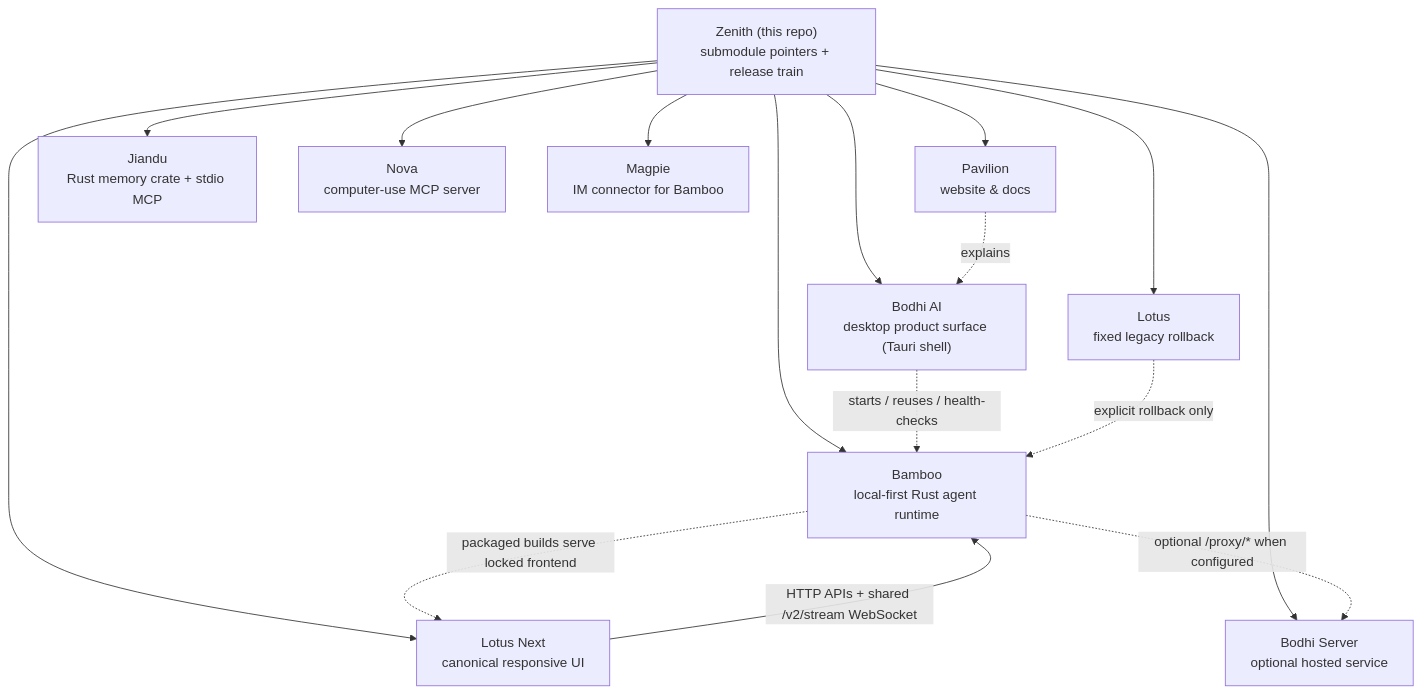
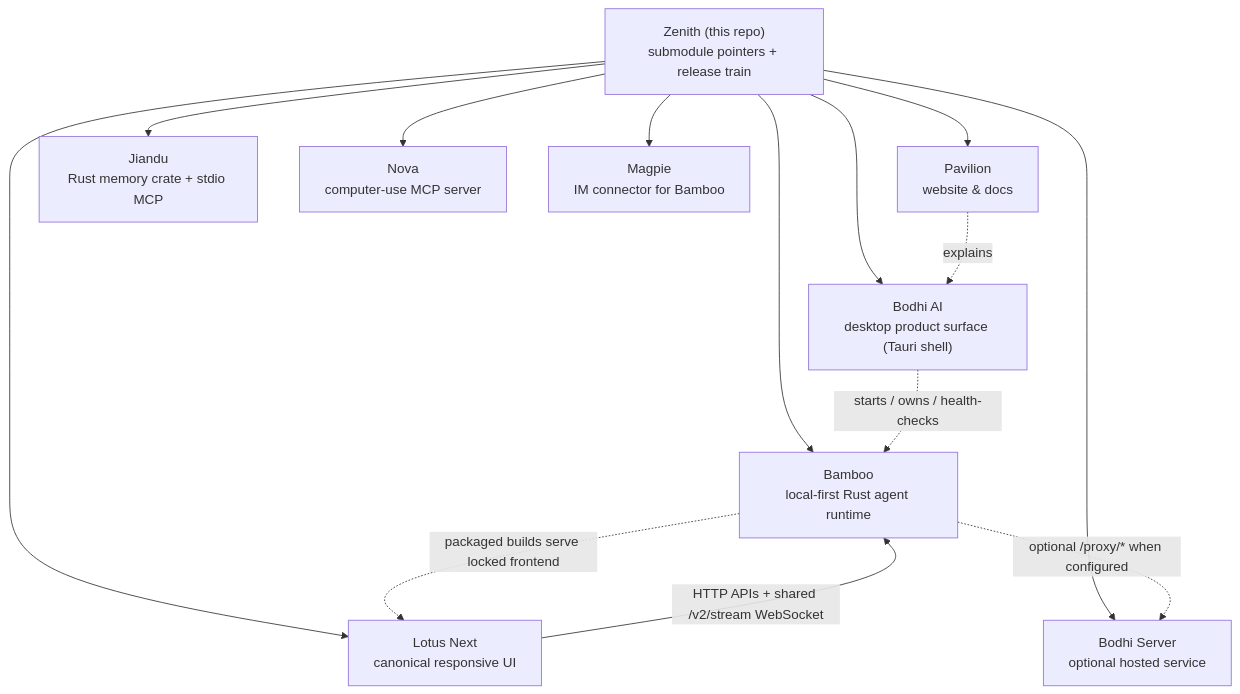
Before and after one commit to bigduu/Zenith: the diagram in README.md, drawn with Mermaid. The commit also changed other lines of this file and 9 other files, not shown here.

Commit message:
chore: remove legacy Lotus source submodule (#239)

````diff
--- a/README.md
+++ b/README.md
@@ -41,21 +41,19 @@
 ```mermaid
 graph TD
   Z["Zenith (this repo)<br/>submodule pointers + release train"]
 
   Z --> B["Bodhi AI<br/>desktop product surface (Tauri shell)"]
-  Z --> L["Lotus<br/>fixed legacy rollback"]
   Z --> R["Bamboo<br/>local-first Rust agent runtime"]
   Z --> S["Bodhi Server<br/>optional hosted service"]
   Z --> P["Pavilion<br/>website & docs"]
   Z --> J["Jiandu<br/>Rust memory crate + stdio MCP"]
   Z --> N["Nova<br/>computer-use MCP server"]
   Z --> LN["Lotus Next<br/>canonical responsive UI"]
   Z --> M["Magpie<br/>IM connector for Bamboo"]
 
-  B -. starts / reuses / health-checks .-> R
+  B -. starts / owns / health-checks .-> R
   R -. packaged builds serve locked frontend .-> LN
   LN -->|HTTP APIs + shared /v2/stream WebSocket| R
-  L -. explicit rollback only .-> R
   R -. optional /proxy/* when configured .-> S
   P -. explains .-> B
 ```
````
